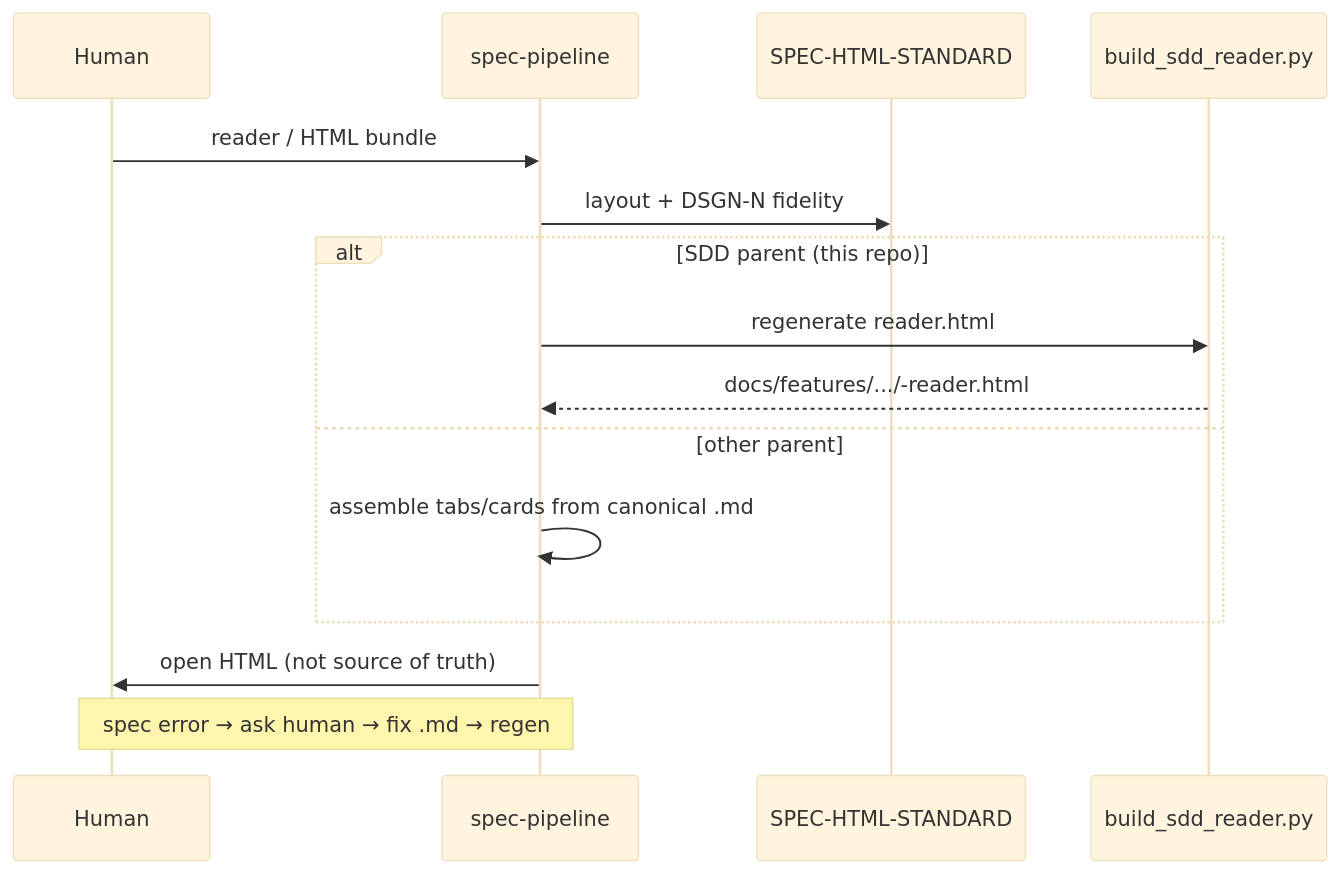
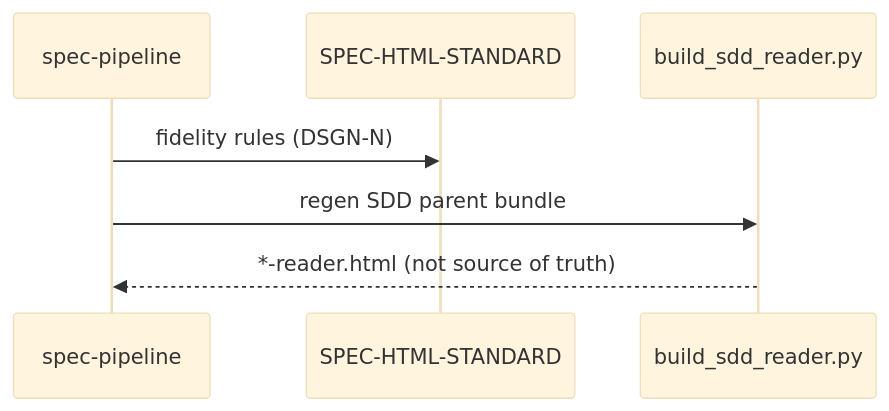
Before and after one commit to cicidi/the-super-lab: the third of 3 diagrams in skills/spec-pipeline/SEQUENCE.md, drawn with Mermaid (base theme). The commit also changed other lines of this file and 91 other files, not shown here.

````diff
--- a/skills/spec-pipeline/SEQUENCE.md
+++ b/skills/spec-pipeline/SEQUENCE.md
@@ -60,18 +59,10 @@
 ```mermaid
 sequenceDiagram
-    participant U as Human
-    participant P as spec-pipeline
-    participant H as SPEC-HTML-STANDARD
-    participant B as build_sdd_reader.py
+  participant P as spec-pipeline
+  participant H as SPEC-HTML-STANDARD
+  participant B as build_sdd_reader.py
 
-    U->>P: reader / HTML bundle
-    P->>H: layout + DSGN-N fidelity
-    alt SDD parent (this repo)
-        P->>B: regenerate reader.html
-        B-->>P: docs/features/.../-reader.html
-    else other parent
-        P->>P: assemble tabs/cards from canonical .md
-    end
-    P->>U: open HTML (not source of truth)
-    Note over P,U: spec error → ask human → fix .md → regen
+  P->>H: fidelity rules (DSGN-N)
+  P->>B: regen SDD parent bundle
+  B-->>P: *-reader.html (not source of truth)
 ```
````
